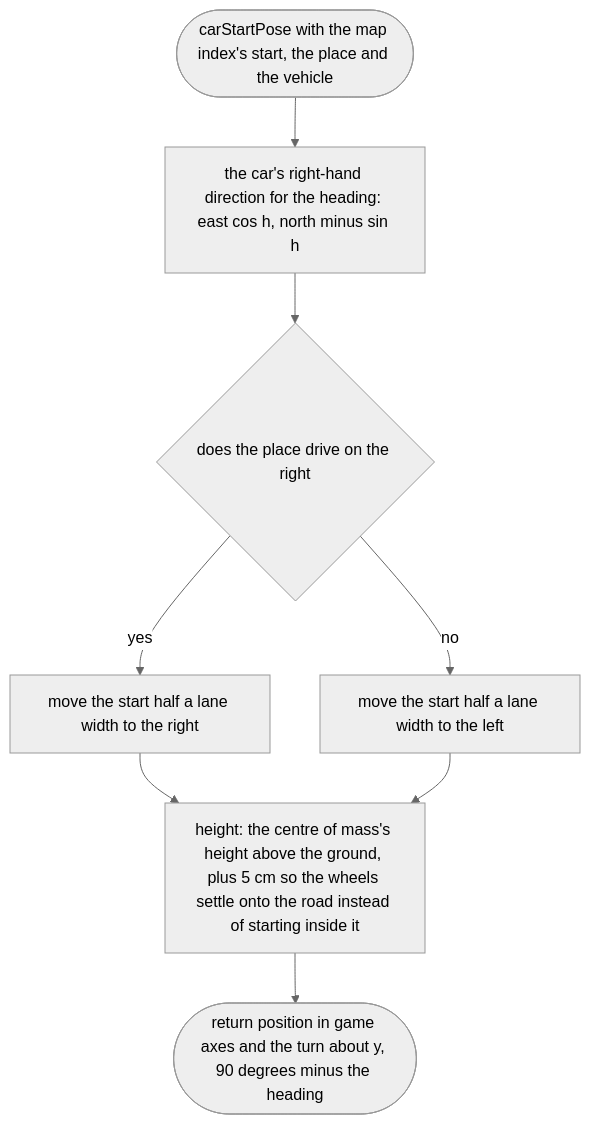
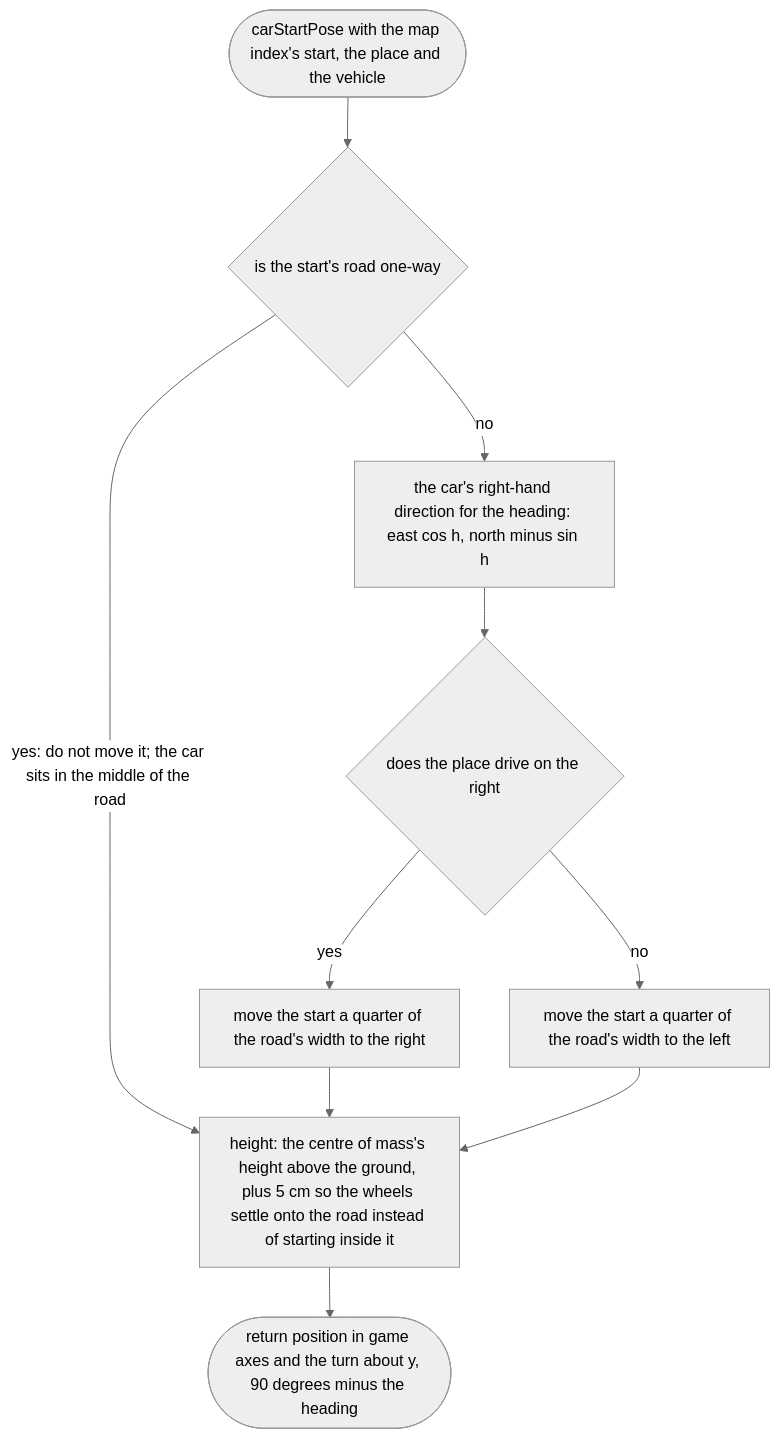
Before and after one commit to NewDara-Star/world-engine: the first of 9 diagrams in docs/designs/src/vehicle/car.md, drawn with Mermaid (neutral theme). The commit also changed other lines of this file and 41 other files, not shown here.

````diff
--- a/docs/designs/src/vehicle/car.md
+++ b/docs/designs/src/vehicle/car.md
@@ -22,14 +22,17 @@
 ```mermaid
 flowchart TD
   s(["carStartPose with the map index's start, the place and the vehicle"])
+  o{"is the start's road one-way"}
   a["the car's right-hand direction for the heading: east cos h, north minus sin h"]
   b{"does the place drive on the right"}
-  c["move the start half a lane width to the right"]
-  d["move the start half a lane width to the left"]
+  c["move the start a quarter of the road's width to the right"]
+  d["move the start a quarter of the road's width to the left"]
   e["height: the centre of mass's height above the ground, plus 5 cm so the wheels settle onto the road instead of starting inside it"]
   f(["return position in game axes and the turn about y, 90 degrees minus the heading"])
-  s --> a --> b
+  s --> o
+  o -->|"yes: do not move it; the car sits in the middle of the road"| e
+  o -->|"no"| a --> b
   b -->|"yes"| c --> e
   b -->|"no"| d --> e
   e --> f
 ```
````
